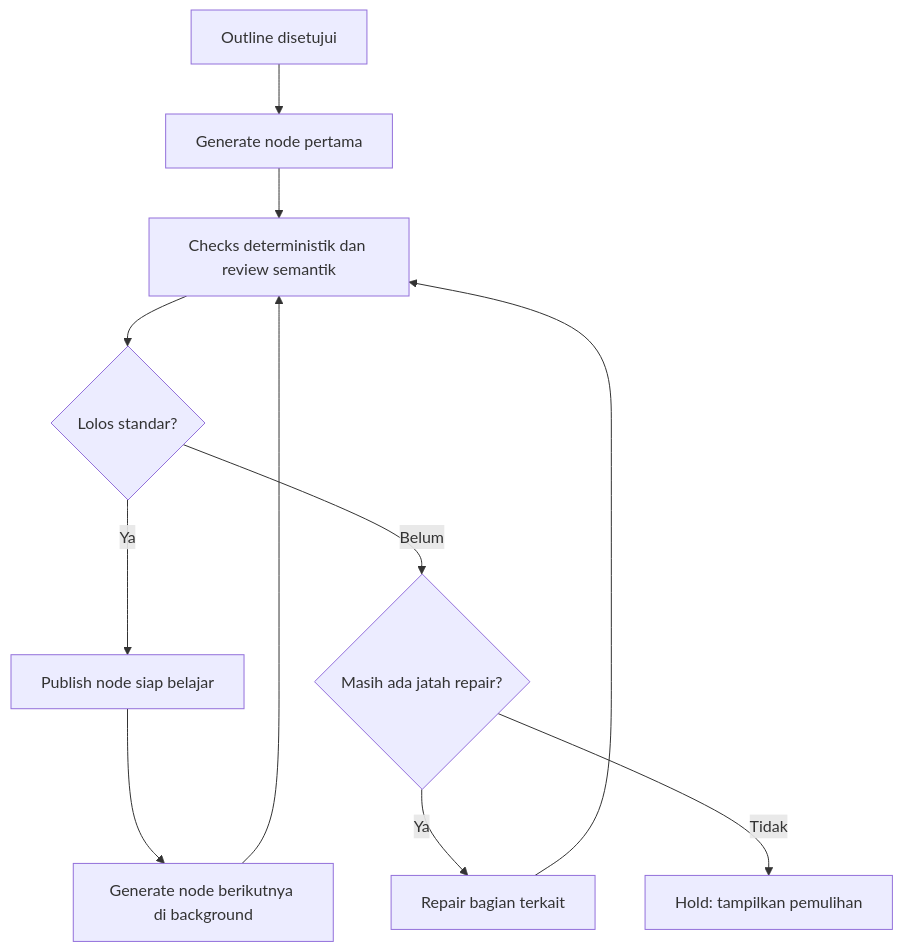
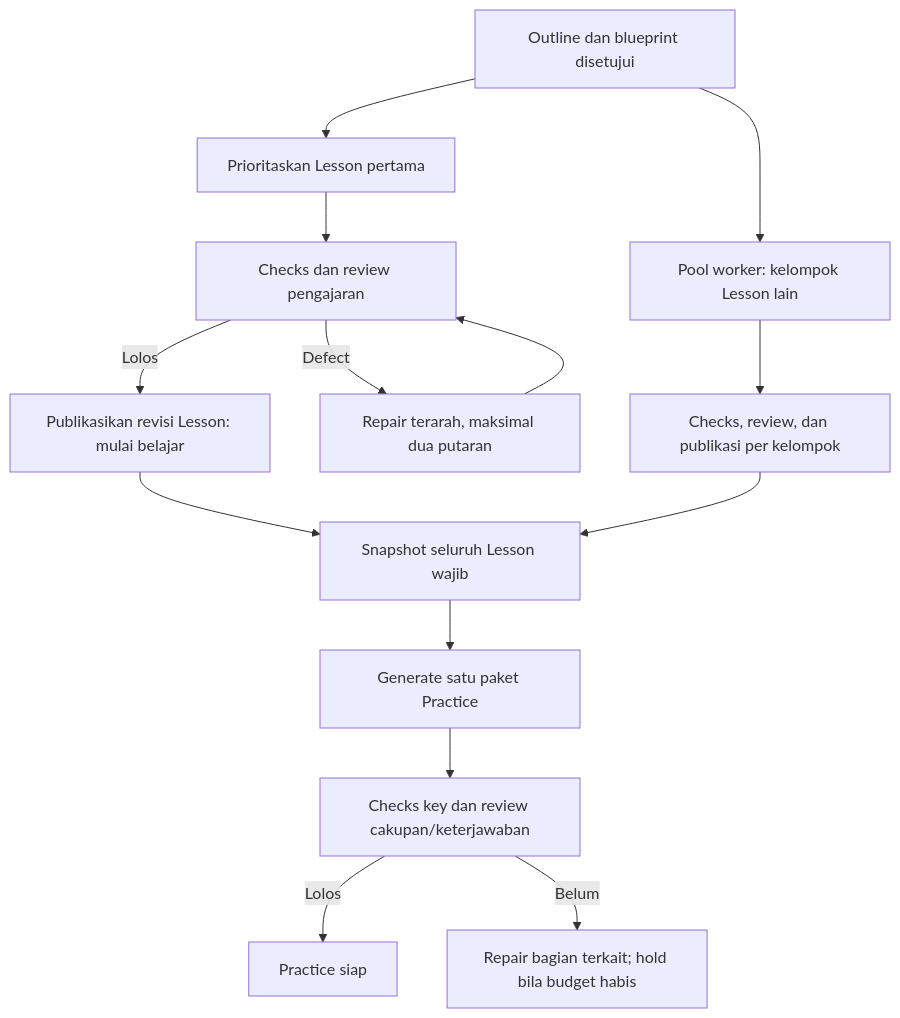
Before and after one commit to manikandareas/ngerti.in: the second of 3 diagrams in docs/product/04-arsitektur-dan-delivery.md, drawn with Mermaid. The commit also changed other lines of this file and 11 other files, not shown here.

````diff
--- a/docs/product/04-arsitektur-dan-delivery.md
+++ b/docs/product/04-arsitektur-dan-delivery.md
@@ -56,14 +56,16 @@
 ```mermaid
 flowchart TD
-  A["Outline disetujui"] --> B["Generate node pertama"]
-  B --> C["Checks deterministik dan review semantik"]
-  C --> D{"Lolos standar?"}
-  D -->|Ya| E["Publish node siap belajar"]
-  D -->|Belum| F{"Masih ada jatah repair?"}
-  F -->|Ya| R["Repair bagian terkait"]
+  A["Outline dan blueprint disetujui"] --> B["Prioritaskan Lesson pertama"]
+  A --> H["Pool worker: kelompok Lesson lain"]
+  B --> C["Checks dan review pengajaran"]
+  C -->|Lolos| D["Publikasikan revisi Lesson: mulai belajar"]
+  C -->|Defect| R["Repair terarah, maksimal dua putaran"]
   R --> C
-  F -->|Tidak| G["Hold: tampilkan pemulihan"]
-  E --> H["Generate node berikutnya di background"]
-  H --> C
-
+  H --> I["Checks, review, dan publikasi per kelompok"]
+  D --> J["Snapshot seluruh Lesson wajib"]
+  I --> J
+  J --> K["Generate satu paket Practice"]
+  K --> L["Checks key dan review cakupan/keterjawaban"]
+  L -->|Lolos| M["Practice siap"]
+  L -->|Belum| N["Repair bagian terkait; hold bila budget habis"]
 ```
````
